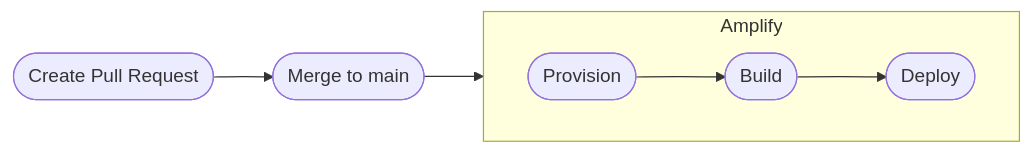
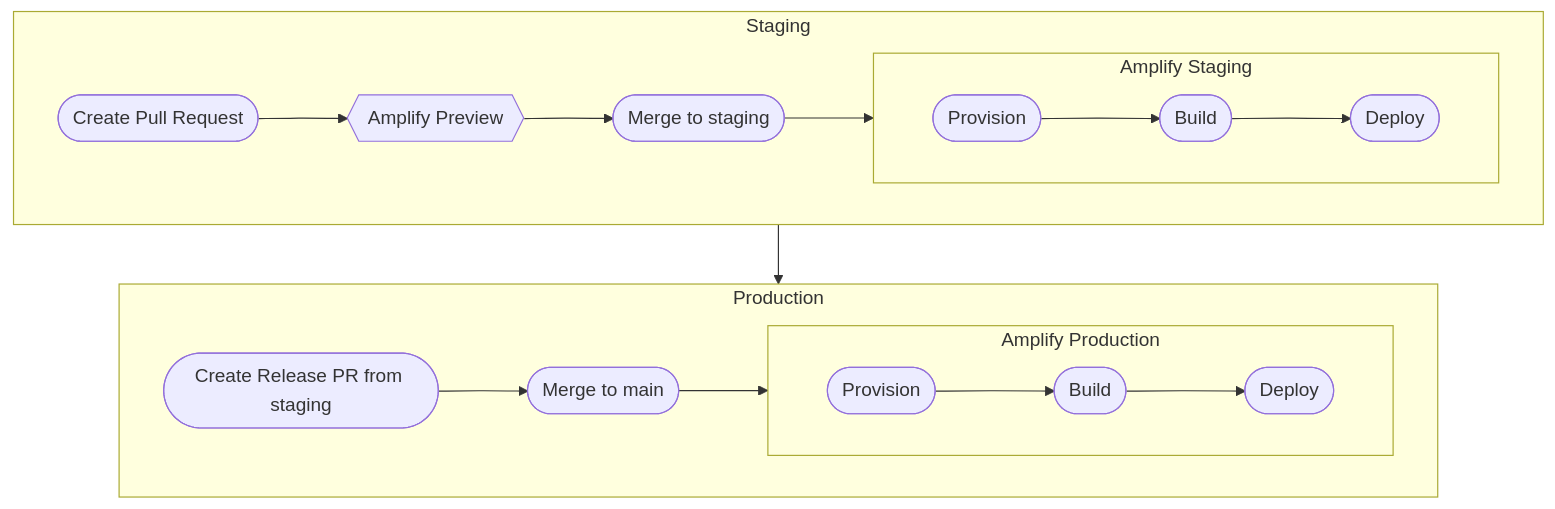
Before and after one commit to cds-snc/resources-ressources: the diagram in infrastructure/README.md, drawn with Mermaid. The commit also changed other lines of this file, not shown here.

Commit message:
docs: update deloyment flowchart

````diff
--- a/infrastructure/README.md
+++ b/infrastructure/README.md
@@ -10,8 +18,20 @@
 ```mermaid
-flowchart LR
-  subgraph Amplify
+flowchart TD
+  subgraph AmplifyStaging[Amplify Staging]
     direction LR
     Provision([Provision]) --> Build([Build]) --> Deploy([Deploy])
   end
-  PR([Create Pull Request]) --> Merge([Merge to main]) --> Amplify
+  subgraph AmplifyProduction[Amplify Production]
+    direction LR
+    ProvisionProd([Provision]) --> BuildProd([Build]) --> DeployProd([Deploy])
+  end
+  subgraph staging[Staging]
+    direction LR
+    PR([Create Pull Request]) --> AmplifyPreview{{Amplify Preview}}--> Merge([Merge to staging]) --> AmplifyStaging
+  end
+  subgraph prod[Production]
+    direction LR
+    Release([Create Release PR from staging]) --> MergeToMain([Merge to main]) --> AmplifyProduction
+  end
+staging --> prod
 ```
````
